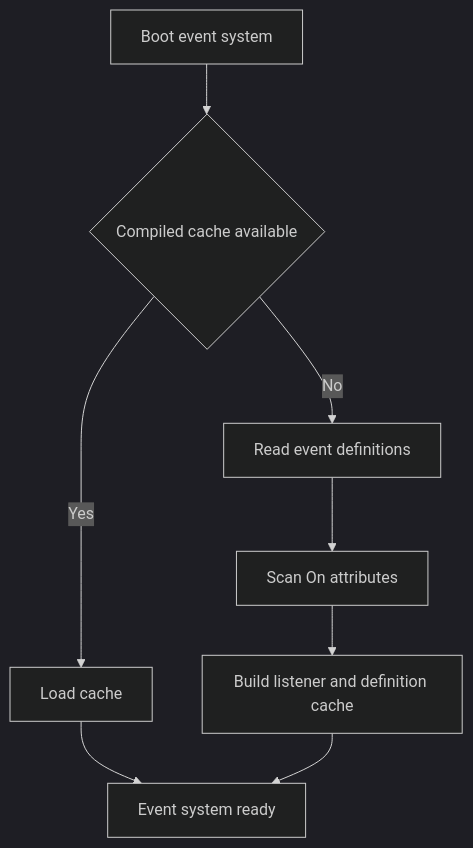
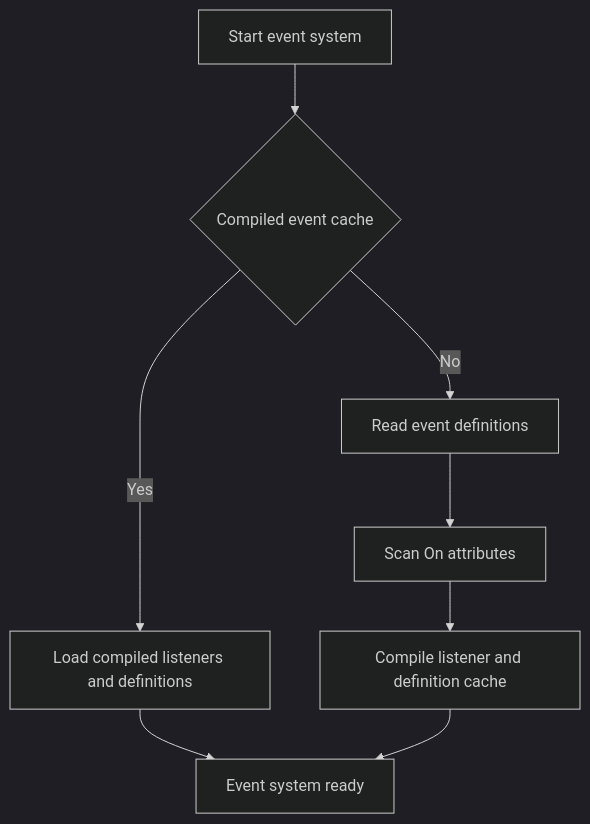
One commit to shuklasp/spp changed the second of 5 diagrams in documentation/handbook/04-events-and-event-handlers.md. Above: the diagram before and after it, drawn with Mermaid (dark theme). The commit also changed other lines of this file, not shown here.

````diff
--- a/documentation/handbook/04-events-and-event-handlers.md
+++ b/documentation/handbook/04-events-and-event-handlers.md
@@ -26,10 +140,10 @@
 ```mermaid
 flowchart TD
-    A[Boot event system] --> B{Compiled cache available}
-    B -- Yes --> C[Load cache]
+    A[Start event system] --> B{Compiled event cache}
+    B -- Yes --> C[Load compiled listeners and definitions]
     B -- No --> D[Read event definitions]
     D --> E[Scan On attributes]
-    E --> F[Build listener and definition cache]
+    E --> F[Compile listener and definition cache]
     C --> G[Event system ready]
     F --> G
 ```
````
